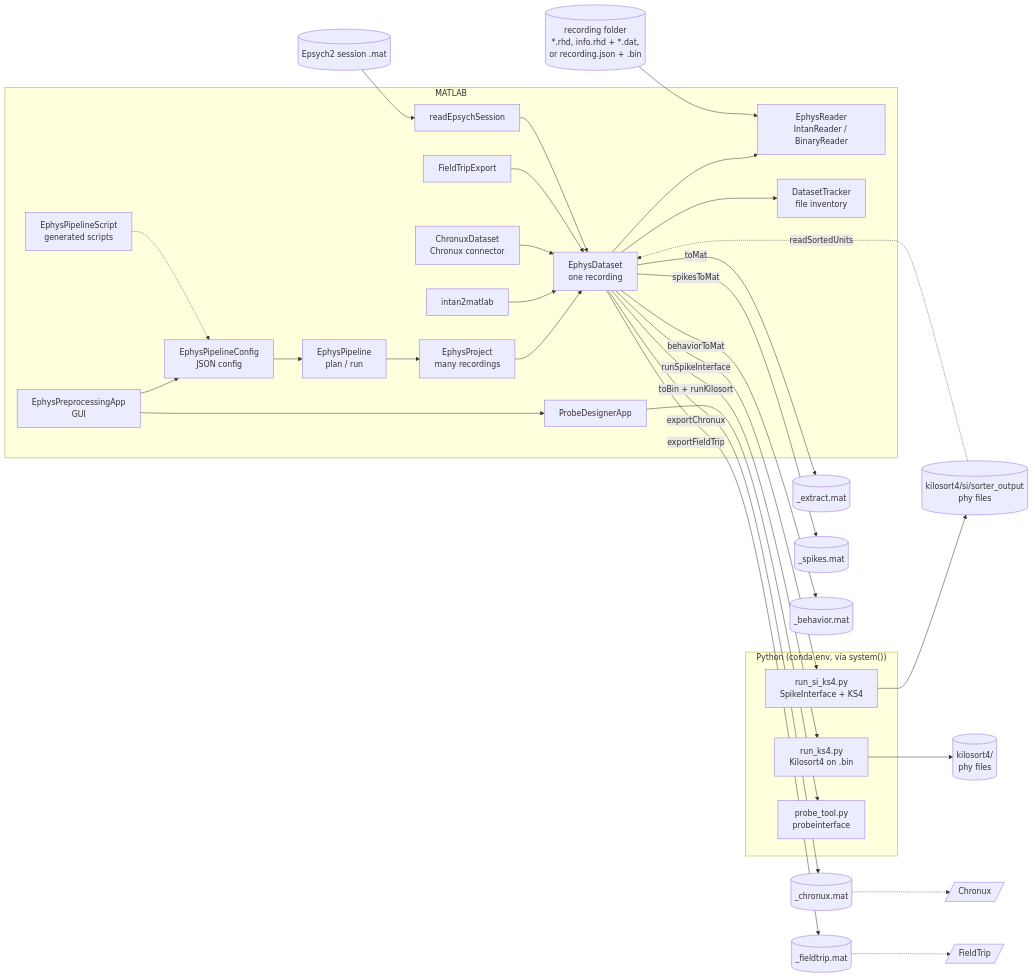
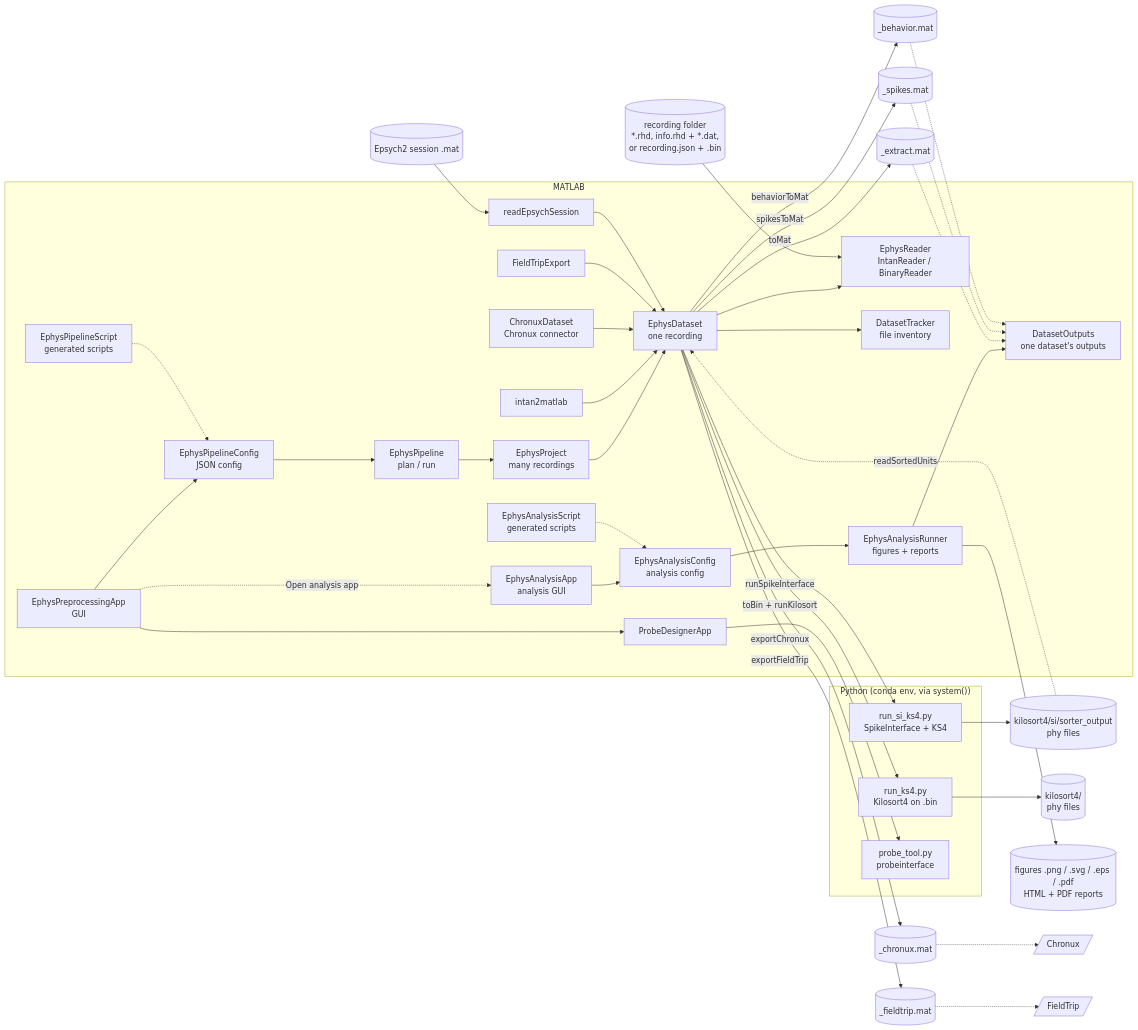
Before and after one commit to dstolz/ephys_analysis: the diagram in documentation/README.md, drawn with Mermaid. The commit also changed other lines of this file and 6 other files, not shown here.

````diff
--- a/documentation/README.md
+++ b/documentation/README.md
@@ -39,37 +47,46 @@
 ```mermaid
 flowchart LR
     subgraph MATLAB
         APP[EphysPreprocessingApp<br/>GUI] --> CFG[EphysPipelineConfig<br/>JSON config]
         CFG --> PIPE[EphysPipeline<br/>plan / run]
         SCR[EphysPipelineScript<br/>generated scripts] -.-> CFG
         APP --> PDA[ProbeDesignerApp]
         PIPE --> PRJ[EphysProject<br/>many recordings]
         PRJ --> DS[EphysDataset<br/>one recording]
         DS --> RD[EphysReader<br/>IntanReader / BinaryReader]
         DS --> DT[DatasetTracker<br/>file inventory]
         I2M[intan2matlab] --> DS
         CX[ChronuxDataset<br/>Chronux connector] --> DS
         FT[FieldTripExport] --> DS
         EP[readEpsychSession] --> DS
+        ANA[EphysAnalysisApp<br/>analysis GUI] --> ACFG[EphysAnalysisConfig<br/>analysis config]
+        ACFG --> ARUN[EphysAnalysisRunner<br/>figures + reports]
+        ASCR[EphysAnalysisScript<br/>generated scripts] -.-> ACFG
+        ARUN --> DOUT[DatasetOutputs<br/>one dataset's outputs]
+        APP -. Open analysis app .-> ANA
     end
     subgraph Python["Python (conda env, via system())"]
         SI[run_si_ks4.py<br/>SpikeInterface + KS4]
         KS[run_ks4.py<br/>Kilosort4 on .bin]
         PT[probe_tool.py<br/>probeinterface]
     end
     RAW[(recording folder<br/>*.rhd, info.rhd + *.dat,<br/>or recording.json + .bin)] --> RD
     BEH[(Epsych2 session .mat)] --> EP
     DS -- runSpikeInterface --> SI
     DS -- toBin + runKilosort --> KS
     PDA --> PT
     SI --> OUT[(kilosort4/si/sorter_output<br/>phy files)]
     KS --> OUT2[(kilosort4/<br/>phy files)]
     OUT -. readSortedUnits .-> DS
     DS -- toMat --> MAT[(_extract.mat)]
     DS -- spikesToMat --> SPK[(_spikes.mat)]
     DS -- behaviorToMat --> BMAT[(_behavior.mat)]
     DS -- exportChronux --> CHX[(_chronux.mat)]
     DS -- exportFieldTrip --> FTX[(_fieldtrip.mat)]
+    MAT -.-> DOUT
+    SPK -.-> DOUT
+    BMAT -.-> DOUT
+    ARUN --> FIGS[(figures .png / .svg / .eps / .pdf<br/>HTML + PDF reports)]
     CHX -.-> CHRONUX[/Chronux/]
     FTX -.-> FIELDTRIP[/FieldTrip/]
 ```
````
